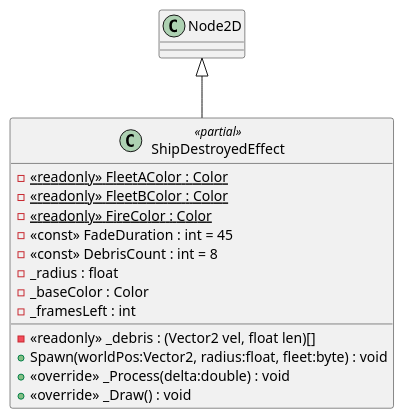
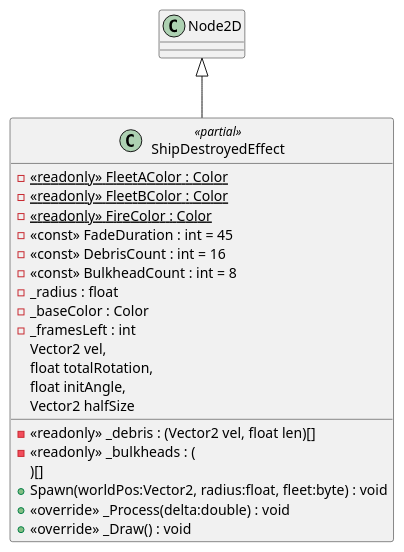
The diagram in diagrams/csharp/client/src/rendering/ShipDestroyedEffect.puml (Tai-trinh/skock), drawn with PlantUML before and after one commit. The commit also changed 36 other files, not shown here.

```diff
--- a/diagrams/csharp/client/src/rendering/ShipDestroyedEffect.puml
+++ b/diagrams/csharp/client/src/rendering/ShipDestroyedEffect.puml
@@ -1,17 +1,24 @@
 @startuml
 class ShipDestroyedEffect <<partial>> {
     - {static} <<readonly>> FleetAColor : Color
     - {static} <<readonly>> FleetBColor : Color
     - {static} <<readonly>> FireColor : Color
     - <<const>> FadeDuration : int = 45
-    - <<const>> DebrisCount : int = 8
+    - <<const>> DebrisCount : int = 16
+    - <<const>> BulkheadCount : int = 8
     - _radius : float
     - _baseColor : Color
     - _framesLeft : int
     - <<readonly>> _debris : (Vector2 vel, float len)[]
+    - <<readonly>> _bulkheads : (
+        Vector2 vel,
+        float totalRotation,
+        float initAngle,
+        Vector2 halfSize
+    )[]
     + Spawn(worldPos:Vector2, radius:float, fleet:byte) : void
     + <<override>> _Process(delta:double) : void
     + <<override>> _Draw() : void
 }
 Node2D <|-- ShipDestroyedEffect
 @enduml
```
